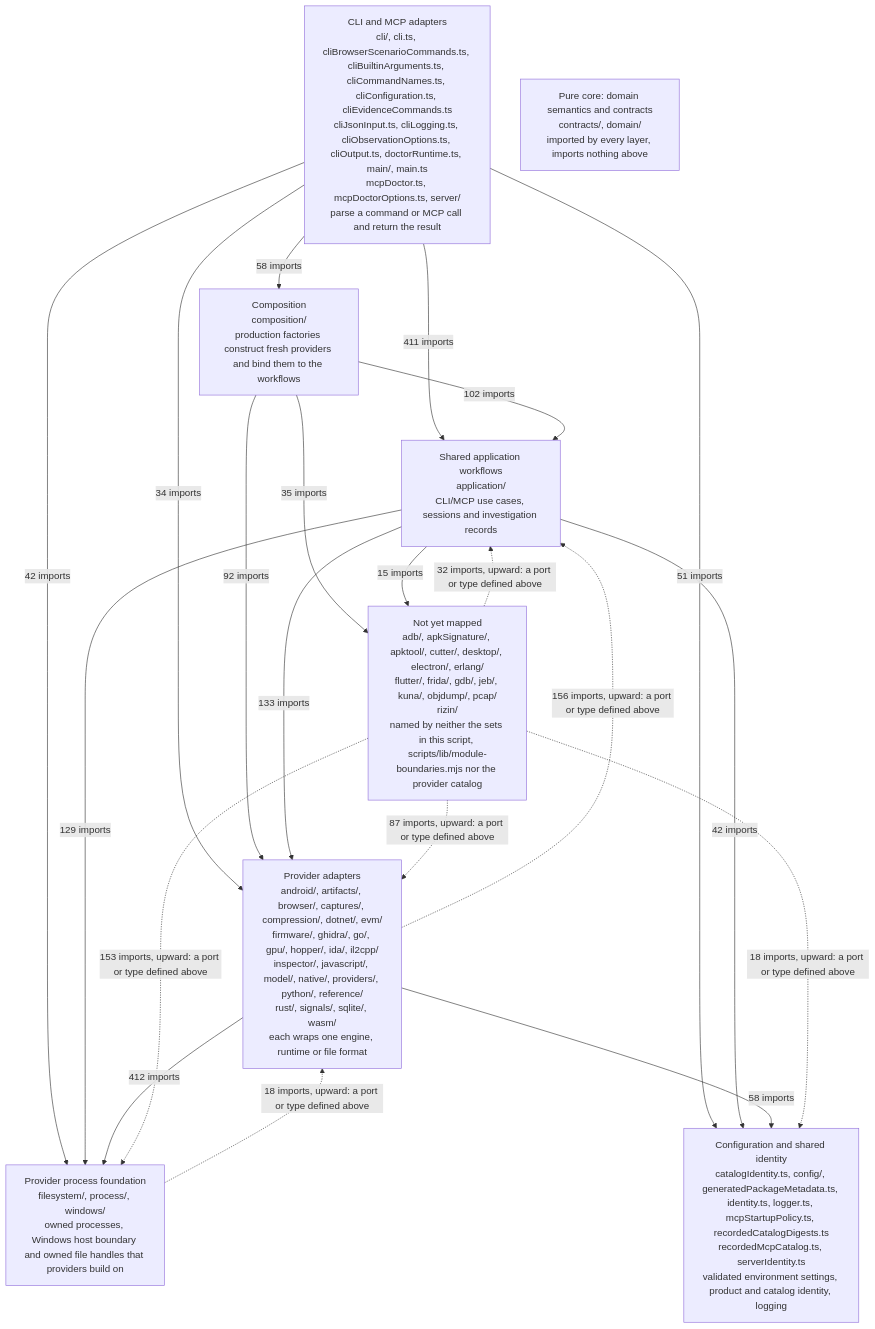
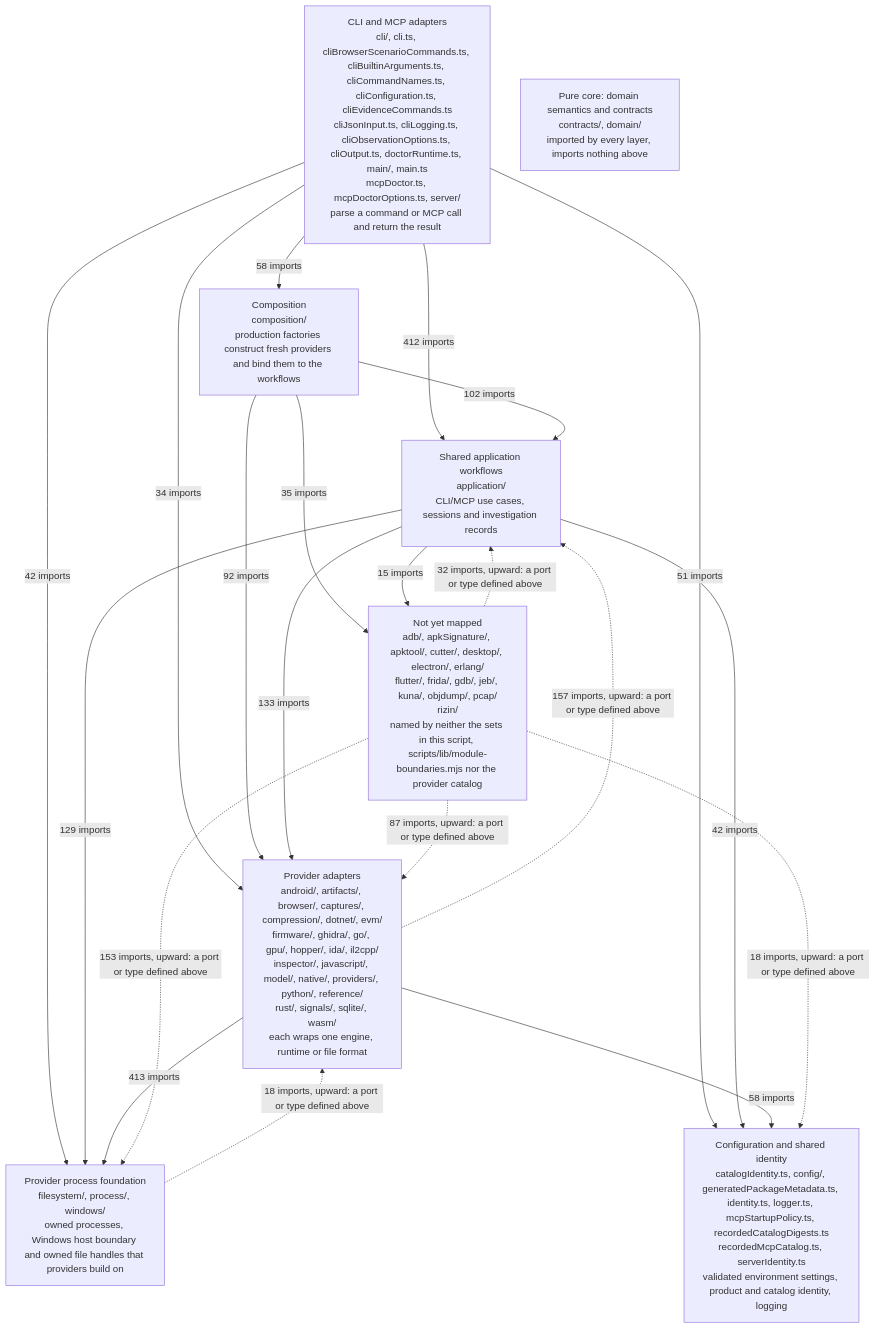
The diagram in docs/architecture.mermaid (rugbyvet/rea_v2), drawn with Mermaid before and after one commit.

Commit message:
docs: update architecture for latest upstream

```diff
--- a/docs/architecture.mermaid
+++ b/docs/architecture.mermaid
@@ -1,34 +1,34 @@
 flowchart TD
     %% Generated by scripts/generate-architecture-map.mjs from the import statements in src/ (tests and fixtures skipped). Do not edit by hand: run `node scripts/generate-architecture-map.mjs` to regenerate it. `--check` runs in npm run docs:check.
     %% Each box is a layer. Its members come from the sets in scripts/lib/module-boundaries.mjs, from the sets in this script and from the dirs that export a provider identity listed in the compiled catalog. A dir or root file none of them names lands in UNMAPPED.
     %% Solid arrow: imports from the layer above to the one below. Dashed arrow: imports upward, a port or type defined above. Each label counts import statements.
     %% Every layer imports the pure core, 4971 imports in all (ADAPTERS->CORE 579, COMPOSITION->CORE 33, APPLICATION->CORE 1873, PROVIDERS->CORE 1982, FOUNDATION->CORE 96, CONFIG->CORE 79, UNMAPPED->CORE 329), drawn once as the bottom box instead of as arrows.
     %% Arrows under 10 imports are not drawn: ADAPTERS->UNMAPPED 9, COMPOSITION->ADAPTERS 3, COMPOSITION->FOUNDATION 6, COMPOSITION->CONFIG 7, PROVIDERS->UNMAPPED 6, FOUNDATION->CONFIG 6, CONFIG->ADAPTERS 1, CONFIG->APPLICATION 2, CONFIG->FOUNDATION 1.
     ADAPTERS["CLI and MCP adapters<br/>cli/, cli.ts, cliBrowserScenarioCommands.ts, cliBuiltinArguments.ts, cliCommandNames.ts, cliConfiguration.ts, cliEvidenceCommands.ts<br/>cliJsonInput.ts, cliLogging.ts, cliObservationOptions.ts, cliOutput.ts, doctorRuntime.ts, main/, main.ts<br/>mcpDoctor.ts, mcpDoctorOptions.ts, server/<br/>parse a command or MCP call and return the result"]
     COMPOSITION["Composition<br/>composition/<br/>production factories construct fresh providers and bind them to the workflows"]
     APPLICATION["Shared application workflows<br/>application/<br/>CLI/MCP use cases, sessions and investigation records"]
     PROVIDERS["Provider adapters<br/>android/, artifacts/, browser/, captures/, compression/, dotnet/, evm/<br/>firmware/, ghidra/, go/, gpu/, hopper/, ida/, il2cpp/<br/>inspector/, javascript/, model/, native/, providers/, python/, reference/<br/>rust/, signals/, sqlite/, wasm/<br/>each wraps one engine, runtime or file format"]
     FOUNDATION["Provider process foundation<br/>filesystem/, process/, windows/<br/>owned processes, Windows host boundary and owned file handles that providers build on"]
     CONFIG["Configuration and shared identity<br/>catalogIdentity.ts, config/, generatedPackageMetadata.ts, identity.ts, logger.ts, mcpStartupPolicy.ts, recordedCatalogDigests.ts<br/>recordedMcpCatalog.ts, serverIdentity.ts<br/>validated environment settings, product and catalog identity, logging"]
     UNMAPPED["Not yet mapped<br/>adb/, apkSignature/, apktool/, cutter/, desktop/, electron/, erlang/<br/>flutter/, frida/, gdb/, jeb/, kuna/, objdump/, pcap/<br/>rizin/<br/>named by neither the sets in this script, scripts/lib/module-boundaries.mjs nor the provider catalog"]
     CORE["Pure core: domain semantics and contracts<br/>contracts/, domain/<br/>imported by every layer, imports nothing above"]
     ADAPTERS -->|"58 imports"| COMPOSITION
-    ADAPTERS -->|"411 imports"| APPLICATION
+    ADAPTERS -->|"412 imports"| APPLICATION
     ADAPTERS -->|"34 imports"| PROVIDERS
     ADAPTERS -->|"42 imports"| FOUNDATION
     ADAPTERS -->|"51 imports"| CONFIG
     COMPOSITION -->|"102 imports"| APPLICATION
     COMPOSITION -->|"92 imports"| PROVIDERS
     COMPOSITION -->|"35 imports"| UNMAPPED
     APPLICATION -->|"133 imports"| PROVIDERS
     APPLICATION -->|"129 imports"| FOUNDATION
     APPLICATION -->|"42 imports"| CONFIG
     APPLICATION -->|"15 imports"| UNMAPPED
-    PROVIDERS -.->|"156 imports, upward: a port or type defined above"| APPLICATION
-    PROVIDERS -->|"412 imports"| FOUNDATION
+    PROVIDERS -.->|"157 imports, upward: a port or type defined above"| APPLICATION
+    PROVIDERS -->|"413 imports"| FOUNDATION
     PROVIDERS -->|"58 imports"| CONFIG
     FOUNDATION -.->|"18 imports, upward: a port or type defined above"| PROVIDERS
     UNMAPPED -.->|"32 imports, upward: a port or type defined above"| APPLICATION
     UNMAPPED -.->|"87 imports, upward: a port or type defined above"| PROVIDERS
     UNMAPPED -.->|"153 imports, upward: a port or type defined above"| FOUNDATION
     UNMAPPED -.->|"18 imports, upward: a port or type defined above"| CONFIG
```
